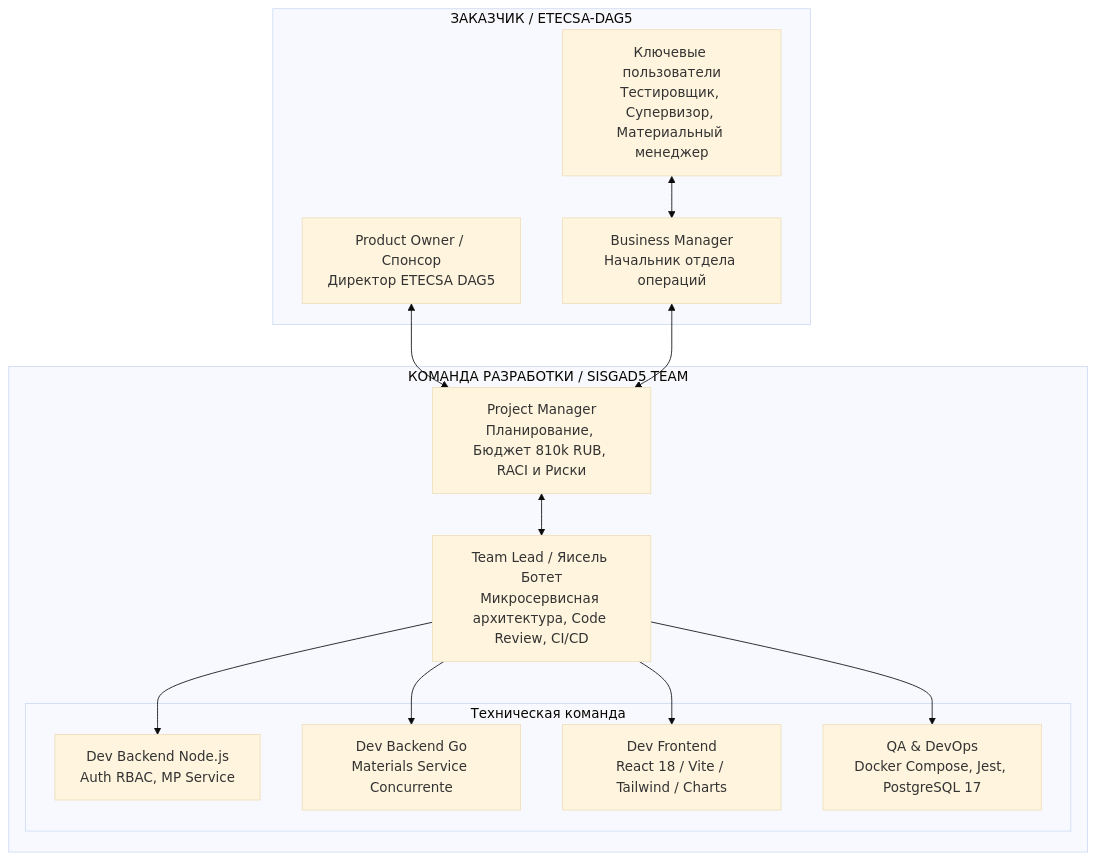
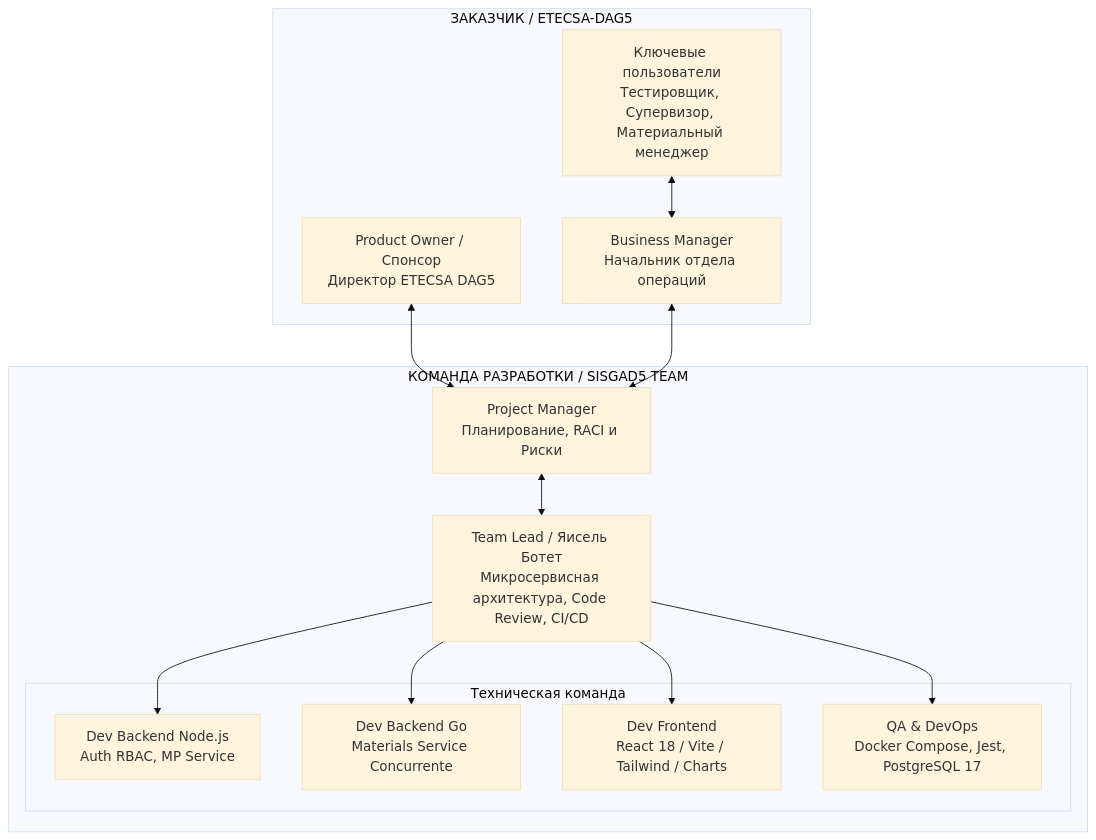
Before and after one commit to ybotet/SISGAD_TYKRPO: the diagram in practica-1-4-ru.md, drawn with Mermaid (base theme). The commit also changed other lines of this file, not shown here.

````diff
--- a/practica-1-4-ru.md
+++ b/practica-1-4-ru.md
@@ -16,29 +14,29 @@
 ```mermaid
 graph TD
     subgraph Zakazchik [ЗАКАЗЧИК / ETECSA-DAG5]
         PO[Product Owner / Спонсор<br/>Директор ETECSA DAG5]
         PM_Biz[Business Manager<br/>Начальник отдела операций]
         KeyUsers[Ключевые пользователи<br/>Тестировщик, Супервизор, Материальный менеджер]
     end
 
     subgraph Developer [КОМАНДА РАЗРАБОТКИ / SISGAD5 TEAM]
-        PM[Project Manager<br/>Планирование, Бюджет 810k RUB, RACI и Риски]
+        PM[Project Manager<br/>Планирование, RACI и Риски]
         TL[Team Lead / Яисель Ботет<br/>Микросервисная архитектура, Code Review, CI/CD]
         
         subgraph DevTeam [Техническая команда]
             BackendNode[Dev Backend Node.js<br/>Auth RBAC, MP Service]
             BackendGo[Dev Backend Go<br/>Materials Service Concurrente]
             FrontendDev[Dev Frontend<br/>React 18 / Vite / Tailwind / Charts]
             QA_DevOps[QA & DevOps<br/>Docker Compose, Jest, PostgreSQL 17]
         end
     end
 
     PO <--> PM
     PM_Biz <--> PM
     PM <--> TL
     TL --> BackendNode
     TL --> BackendGo
     TL --> FrontendDev
     TL --> QA_DevOps
     KeyUsers <--> PM_Biz
 ```
````
